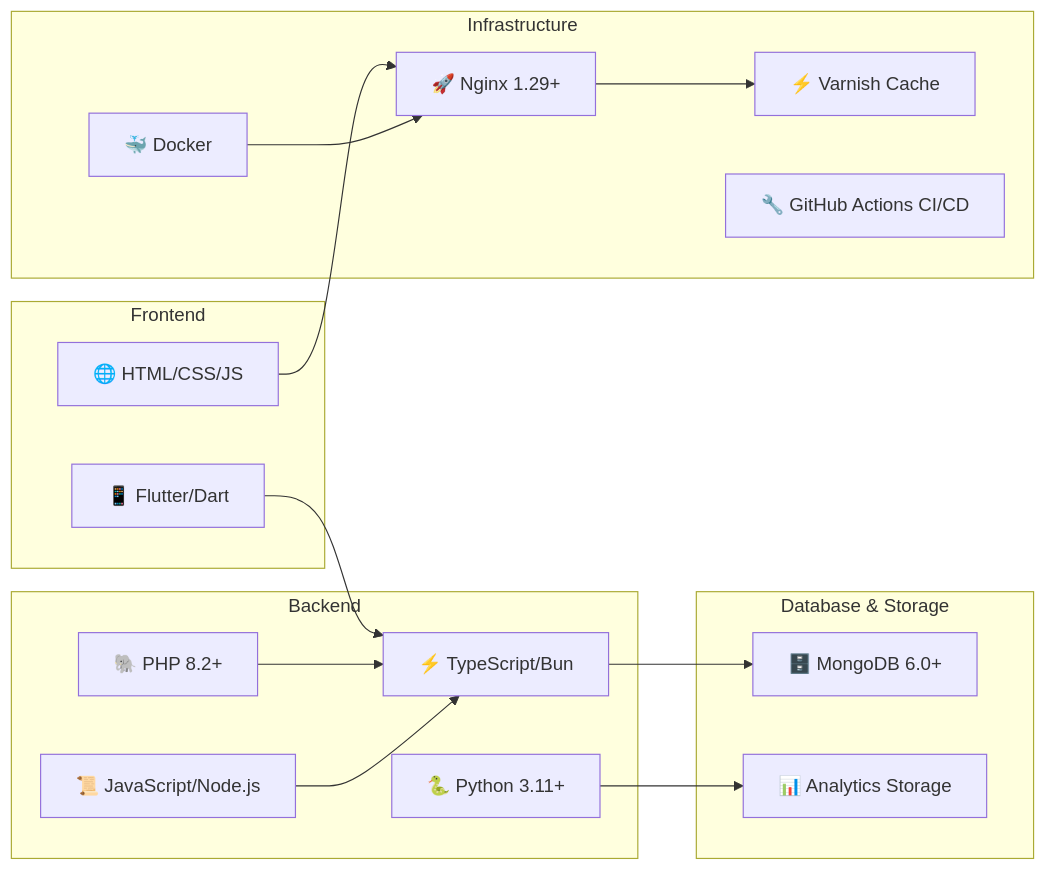
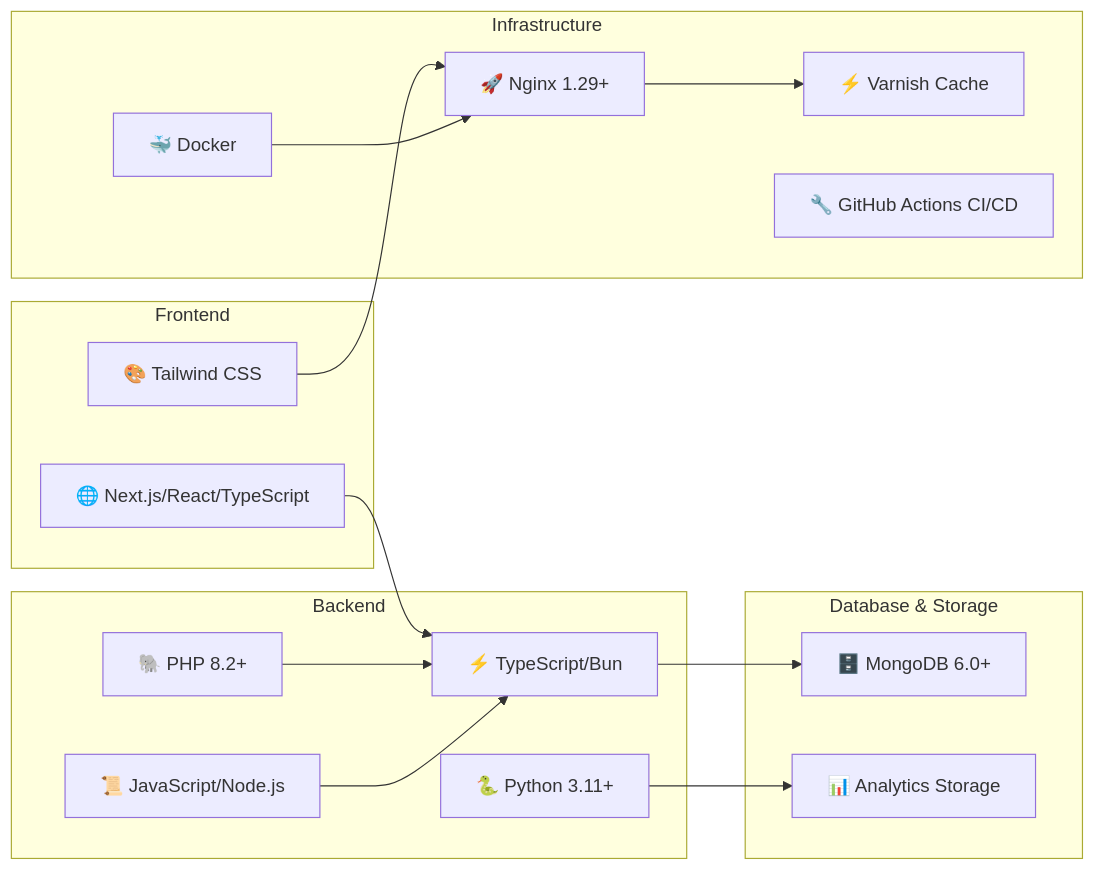
The second of 2 diagrams in README.md (TheusHen/roommate), drawn with Mermaid before and after one commit. The commit also changed other lines of this file and 15 other files, not shown here.

````diff
--- a/README.md
+++ b/README.md
@@ -84,35 +80,35 @@
 ```mermaid
 graph LR
     subgraph "Frontend"
-        A[📱 Flutter/Dart]
-        B[🌐 HTML/CSS/JS]
+        A[🌐 Next.js/React/TypeScript]
+        B[🎨 Tailwind CSS]
     end
     
     subgraph "Backend"
         C[⚡ TypeScript/Bun]
         D[🐍 Python 3.11+]
         E[🐘 PHP 8.2+]
         F[📜 JavaScript/Node.js]
     end
     
     subgraph "Database & Storage"
         G[🗄️ MongoDB 6.0+]
         H[📊 Analytics Storage]
     end
     
     subgraph "Infrastructure"
         I[🚀 Nginx 1.29+]
         J[⚡ Varnish Cache]
         K[🐳 Docker]
         L[🔧 GitHub Actions CI/CD]
     end
     
     A --> C
     B --> I
     C --> G
     D --> H
     E --> C
     F --> C
     I --> J
     K --> I
 ```
````
